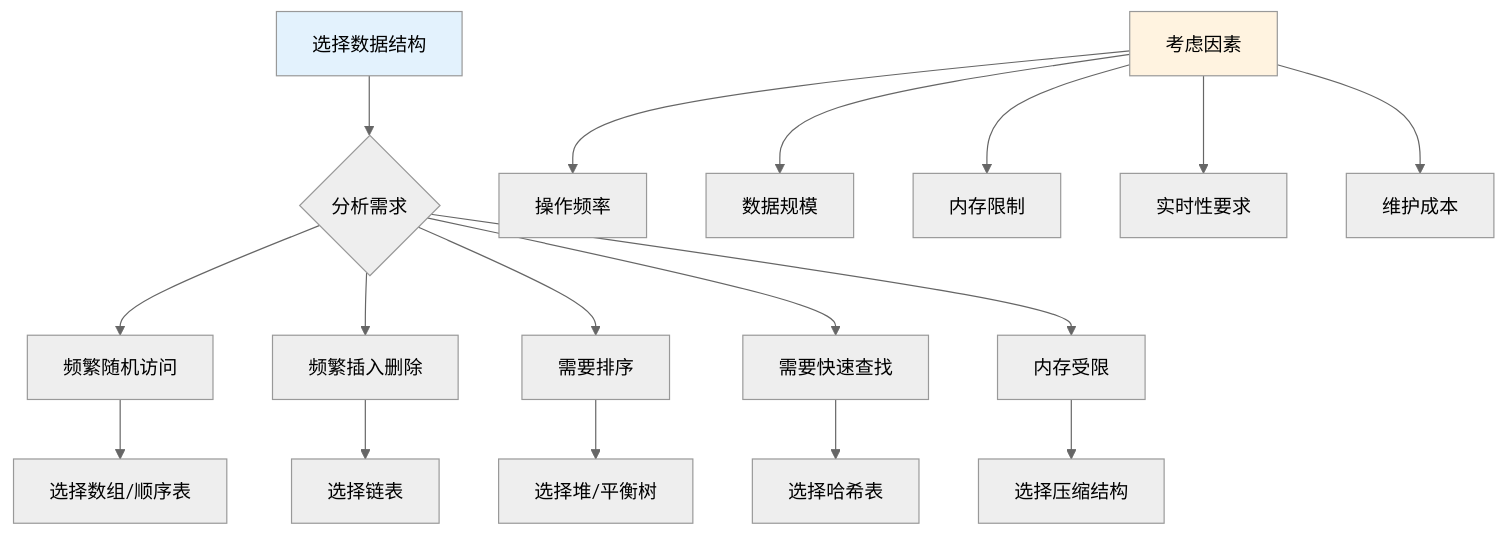
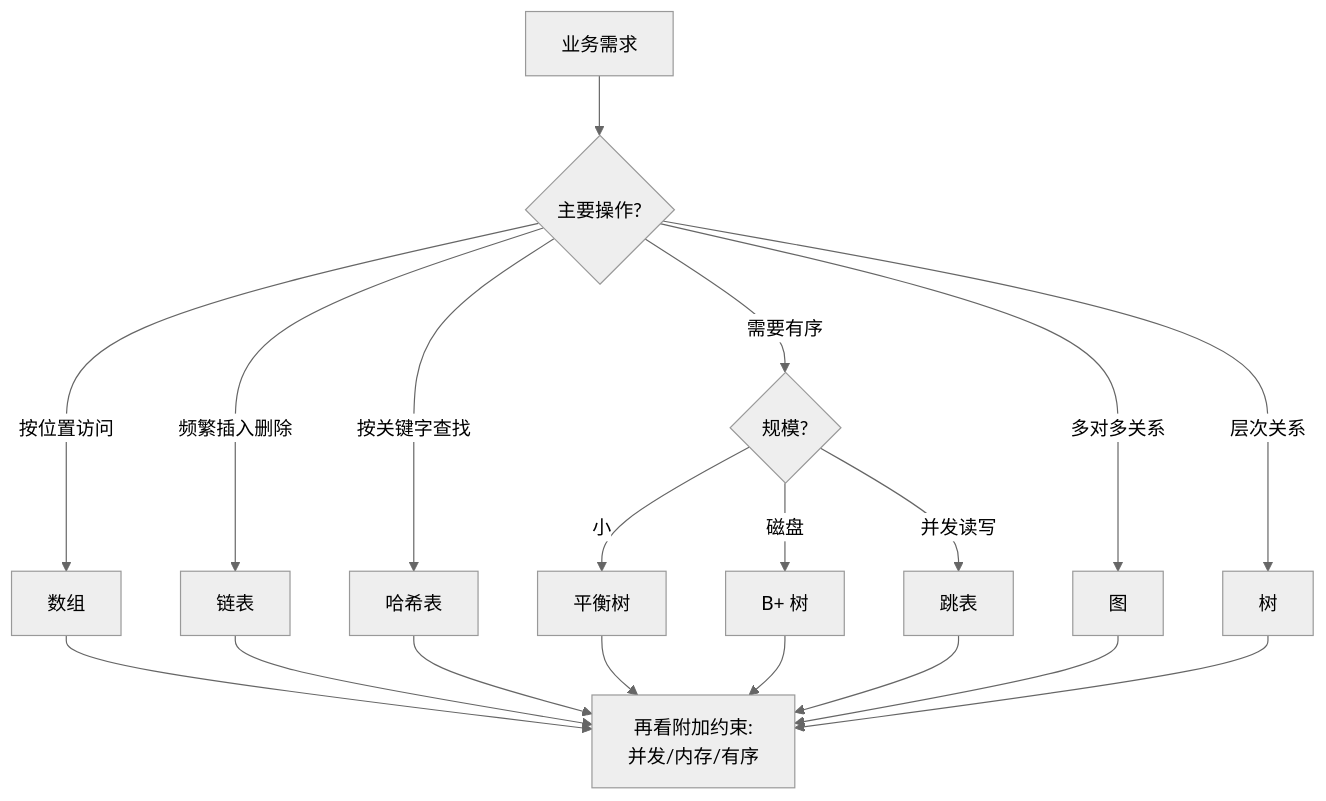
The seventh of 7 diagrams in 00.通用技术的提升/08.数据结构算法/02.数据结构设计思想.md (chongyang211/YCBookBlog), drawn with Mermaid (neutral theme) before and after one commit. The commit also changed other lines of this file and 194 other files, not shown here.

````diff
--- a/00.通用技术的提升/08.数据结构算法/02.数据结构设计思想.md
+++ b/00.通用技术的提升/08.数据结构算法/02.数据结构设计思想.md
@@ -1076,25 +429,21 @@
 ```mermaid
 flowchart TD
-    A[选择数据结构] --> B{分析需求}
-    
-    B --> C[频繁随机访问]
-    B --> D[频繁插入删除]
-    B --> E[需要排序]
-    B --> F[需要快速查找]
-    B --> G[内存受限]
-    
-    C --> C1[选择数组/顺序表]
-    D --> D1[选择链表]
-    E --> E1[选择堆/平衡树]
-    F --> F1[选择哈希表]
-    G --> G1[选择压缩结构]
-    
-    H[考虑因素] --> H1[操作频率]
-    H --> H2[数据规模]
-    H --> H3[内存限制]
-    H --> H4[实时性要求]
-    H --> H5[维护成本]
-    
-    style A fill:#e3f2fd
-    style H fill:#fff3e0
+    A[业务需求] --> B{主要操作?}
+    B -->|按位置访问| C[数组]
+    B -->|频繁插入删除| D[链表]
+    B -->|按关键字查找| E[哈希表]
+    B -->|需要有序| F{规模?}
+    F -->|小| G[平衡树]
+    F -->|磁盘| H[B+ 树]
+    F -->|并发读写| I[跳表]
+    B -->|多对多关系| J[图]
+    B -->|层次关系| K[树]
+    C --> Z[再看附加约束:<br/>并发/内存/有序]
+    D --> Z
+    E --> Z
+    G --> Z
+    H --> Z
+    I --> Z
+    J --> Z
+    K --> Z
 ```
````
